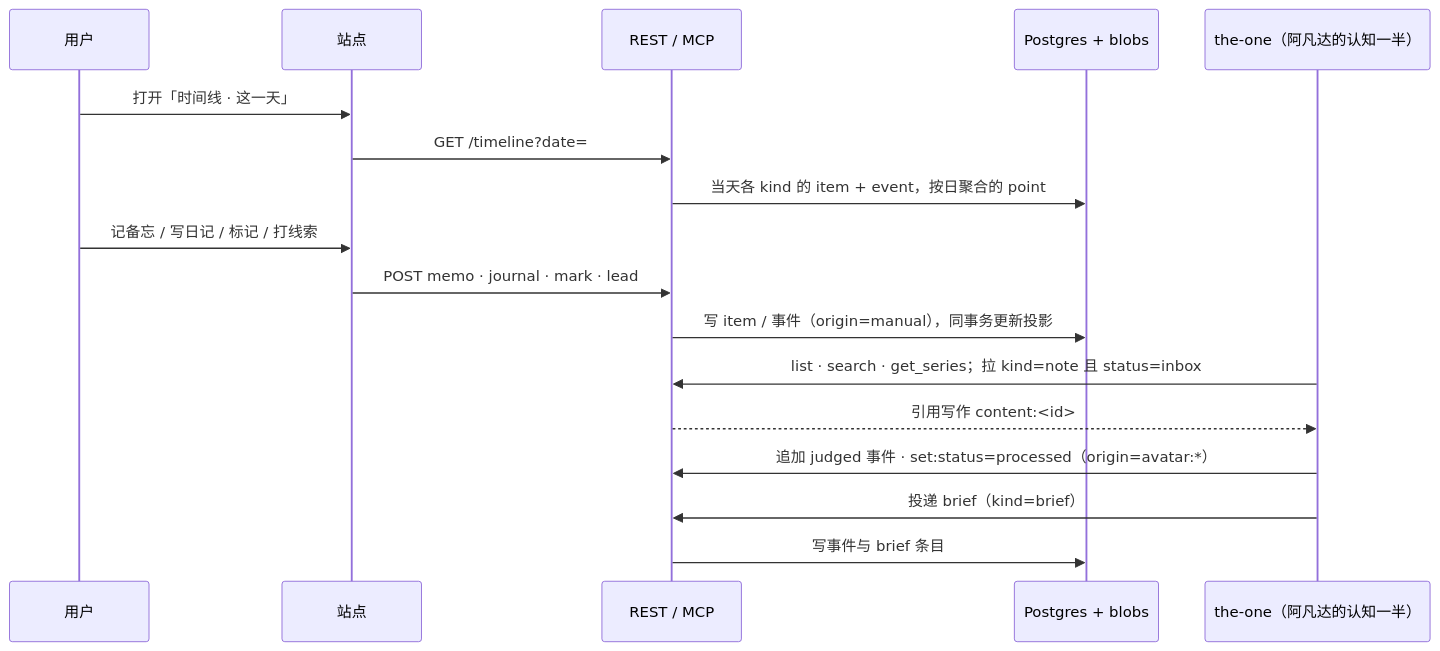
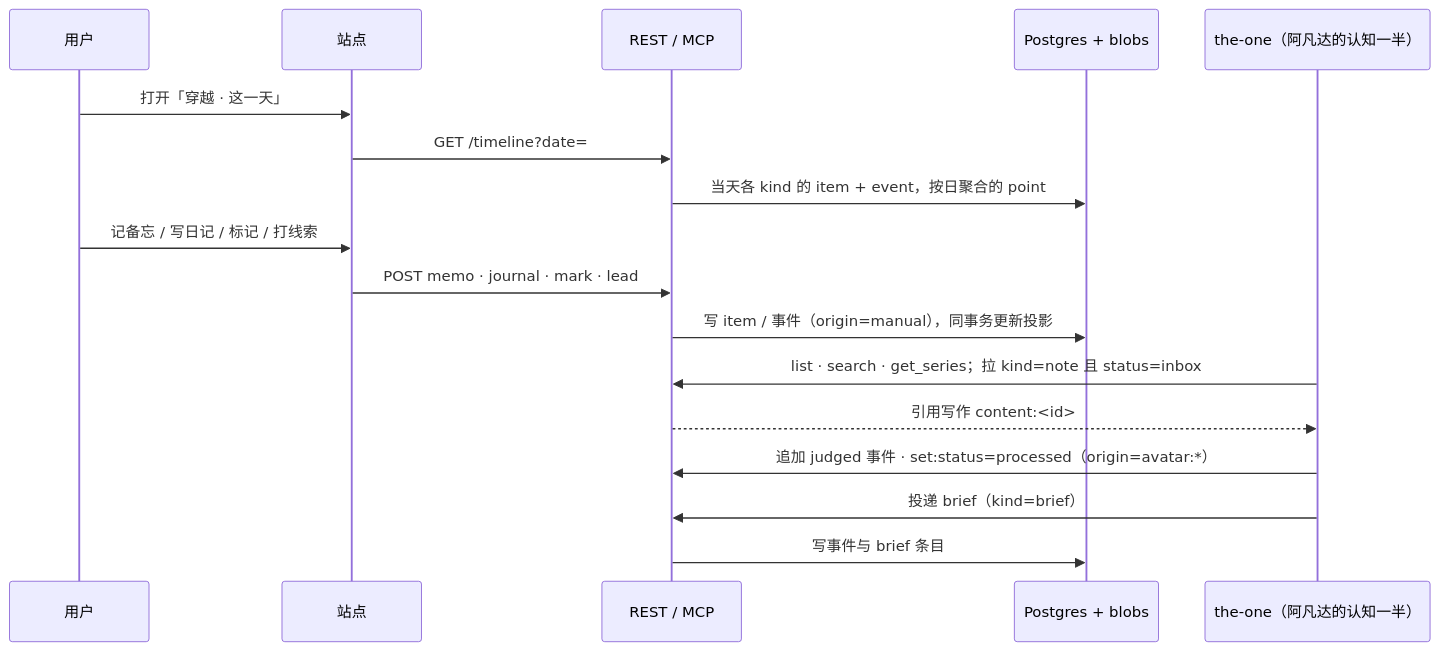
One commit to keylin/allin-one changed the fourth of 4 diagrams in docs/design_data_model.md. Above: the diagram before and after it, drawn with Mermaid. The commit also changed other lines of this file, not shown here.

````diff
--- a/docs/design_data_model.md
+++ b/docs/design_data_model.md
@@ -337,19 +348,19 @@
 ```mermaid
 sequenceDiagram
   participant U as 用户
   participant W as 站点
   participant API as REST / MCP
   participant DB as Postgres + blobs
   participant T as the-one（阿凡达的认知一半）
-  U->>W: 打开「时间线 · 这一天」
+  U->>W: 打开「穿越 · 这一天」
   W->>API: GET /timeline?date=
   API->>DB: 当天各 kind 的 item + event，按日聚合的 point
   U->>W: 记备忘 / 写日记 / 标记 / 打线索
   W->>API: POST memo · journal · mark · lead
   API->>DB: 写 item / 事件（origin=manual），同事务更新投影
   T->>API: list · search · get_series；拉 kind=note 且 status=inbox
   API-->>T: 引用写作 content:<id>
   T->>API: 追加 judged 事件 · set:status=processed（origin=avatar:*）
   T->>API: 投递 brief（kind=brief）
   API->>DB: 写事件与 brief 条目
 ```
````
